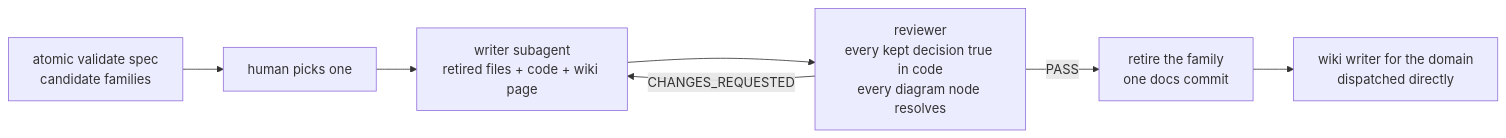
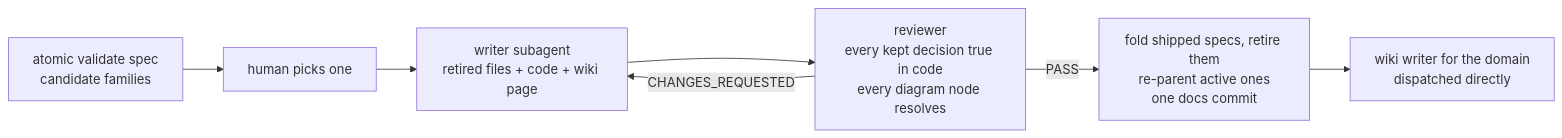
One commit to damusix/atomic-claude changed the second of 2 diagrams in docs/design/doc-consolidation.md. Above: the diagram before and after it, drawn with Mermaid. The commit also changed other lines of this file, not shown here.

````diff
--- a/docs/design/doc-consolidation.md
+++ b/docs/design/doc-consolidation.md
@@ -172,9 +183,9 @@
 ```mermaid
 flowchart LR
     A["atomic validate spec<br/>candidate families"] --> B["human picks one"]
     B --> C["writer subagent<br/>retired files + code + wiki page"]
     C --> D["reviewer<br/>every kept decision true in code<br/>every diagram node resolves"]
     D -->|"CHANGES_REQUESTED"| C
-    D -->|"PASS"| E["retire the family<br/>one docs commit"]
+    D -->|"PASS"| E["fold shipped specs, retire them<br/>re-parent active ones<br/>one docs commit"]
     E --> F["wiki writer for the domain<br/>dispatched directly"]
 ```
````
